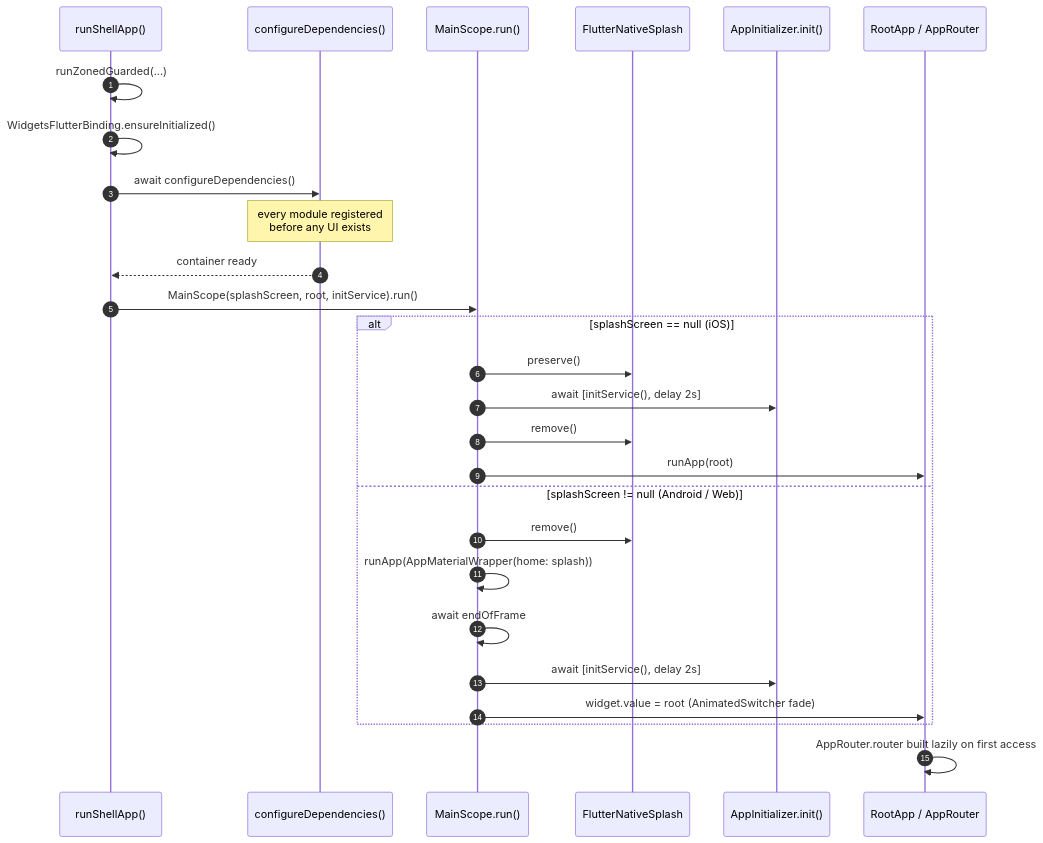
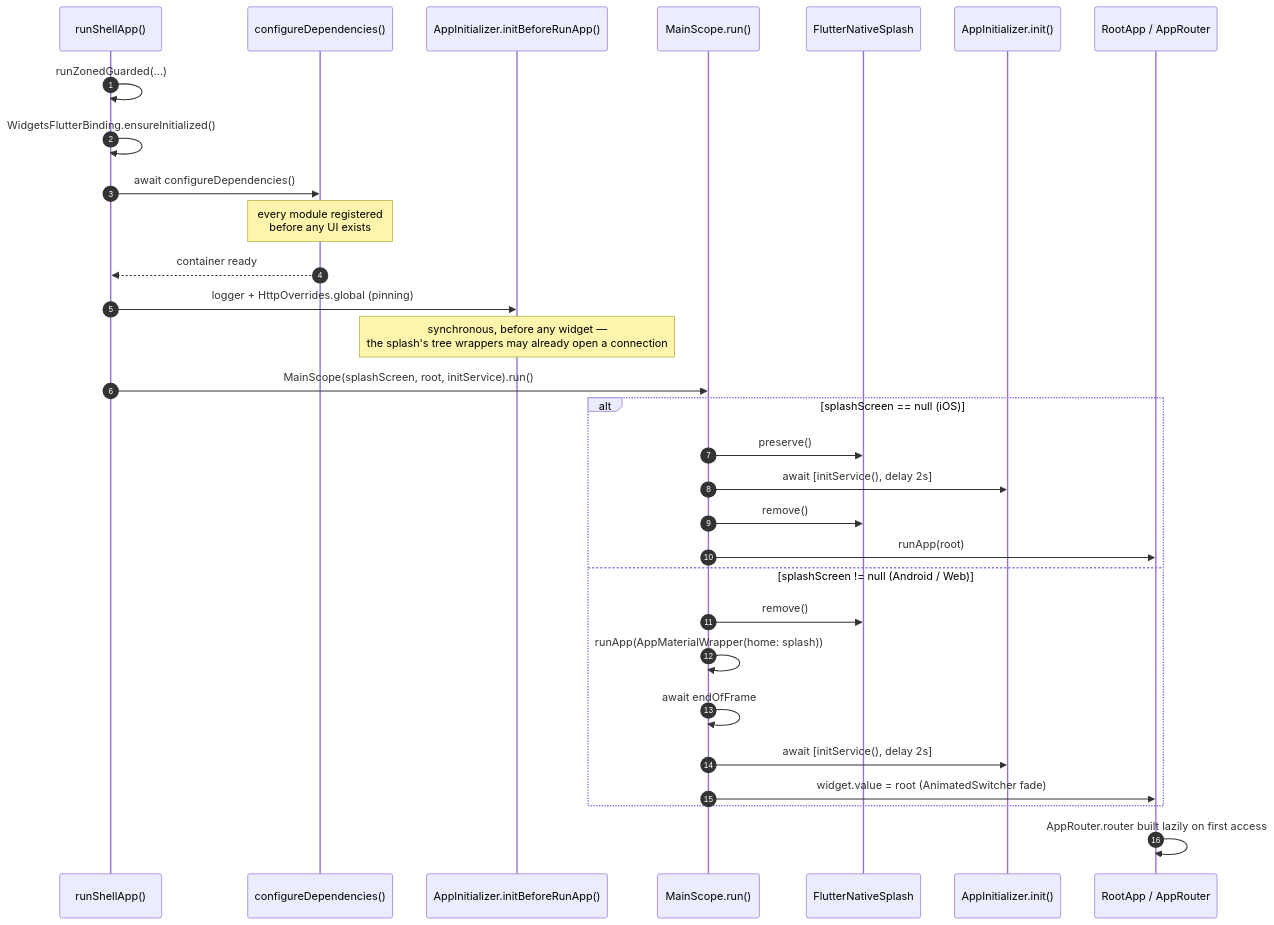
The diagram in docs/en/architecture/06_app_shell.md (CaoGiaHieu-dev/flutter-monorepo-codebase), drawn with Mermaid before and after one commit. The commit also changed other lines of this file and 39 other files, not shown here.

````diff
--- a/docs/en/architecture/06_app_shell.md
+++ b/docs/en/architecture/06_app_shell.md
@@ -53,32 +53,35 @@
 ```mermaid
 sequenceDiagram
     autonumber
     participant M as runShellApp()
     participant DI as configureDependencies()
+    participant P as AppInitializer.initBeforeRunApp()
     participant S as MainScope.run()
     participant N as FlutterNativeSplash
     participant I as AppInitializer.init()
     participant R as RootApp / AppRouter
 
     M->>M: runZonedGuarded(...)
     M->>M: WidgetsFlutterBinding.ensureInitialized()
     M->>DI: await configureDependencies()
     Note over DI: every module registered<br/>before any UI exists
     DI-->>M: container ready
+    M->>P: logger + HttpOverrides.global (pinning)
+    Note over P: synchronous, before any widget —<br/>the splash's tree wrappers may already open a connection
     M->>S: MainScope(splashScreen, root, initService).run()
 
     alt splashScreen == null (iOS)
         S->>N: preserve()
         S->>I: await [initService(), delay 2s]
         S->>N: remove()
         S->>R: runApp(root)
     else splashScreen != null (Android / Web)
         S->>N: remove()
         S->>S: runApp(AppMaterialWrapper(home: splash))
         S->>S: await endOfFrame
         S->>I: await [initService(), delay 2s]
         S->>R: widget.value = root  (AnimatedSwitcher fade)
     end
 
     R->>R: AppRouter.router built lazily on first access
 ```
````
